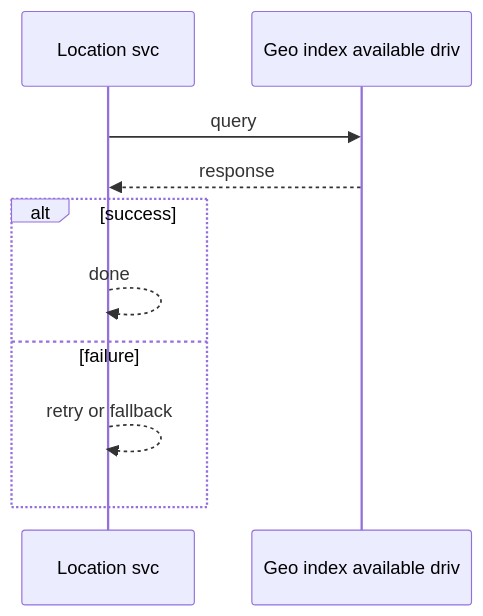
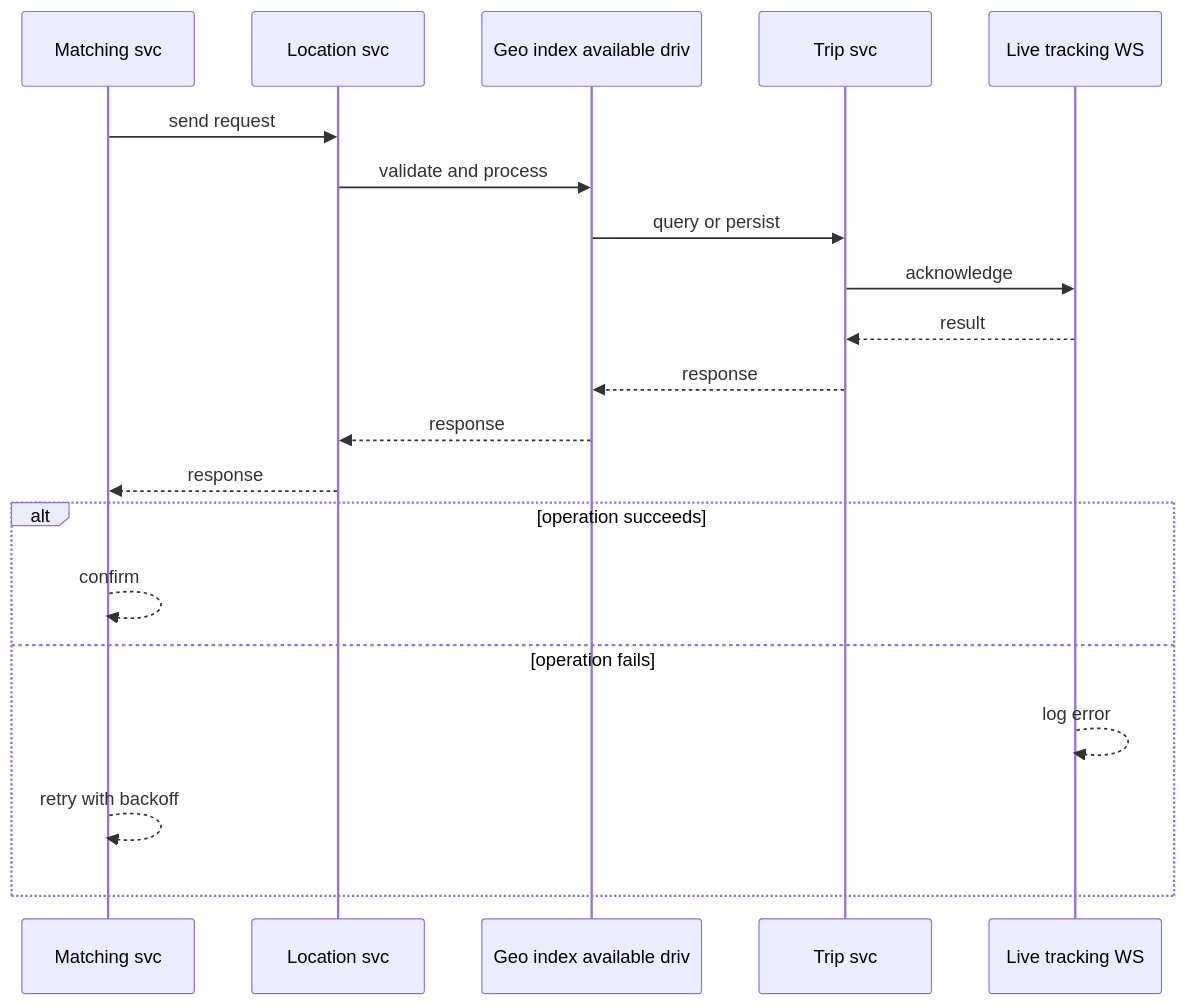
Before and after one commit to RIT-MESH/system-design-mastery: the second of 4 diagrams in case-studies/advanced/ride-hailing.md, drawn with Mermaid. The commit also changed other lines of this file and 64 other files, not shown here.

````diff
--- a/case-studies/advanced/ride-hailing.md
+++ b/case-studies/advanced/ride-hailing.md
@@ -78,13 +66,23 @@
 ```mermaid
 %% created-for: system-design-mastery
 sequenceDiagram
-  participant P0 as Location svc
-  participant P1 as Geo index available driv
-  P0 ->> P1: query
-  P1 -->> P0: response
-  alt success
-    P0 -->> P0: done
-  else failure
-    P0 -->> P0: retry or fallback
+  participant C0 as Matching svc
+  participant C1 as Location svc
+  participant C2 as Geo index available driv
+  participant C3 as Trip svc
+  participant C4 as Live tracking WS
+  C0 ->> C1: send request
+  C1 ->> C2: validate and process
+  C2 ->> C3: query or persist
+  C3 ->> C4: acknowledge
+  C4 -->> C3: result
+  C3 -->> C2: response
+  C2 -->> C1: response
+  C1 -->> C0: response
+  alt operation succeeds
+    C0 -->> C0: confirm
+  else operation fails
+    C4 -->> C4: log error
+    C0 -->> C0: retry with backoff
   end
 ```
````
